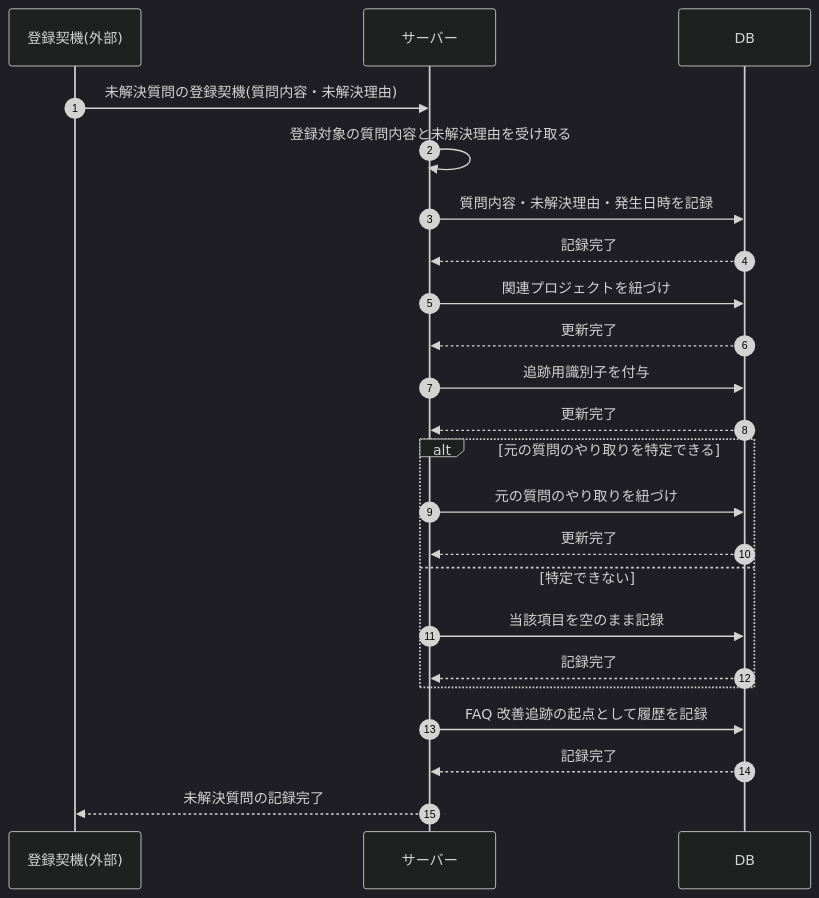
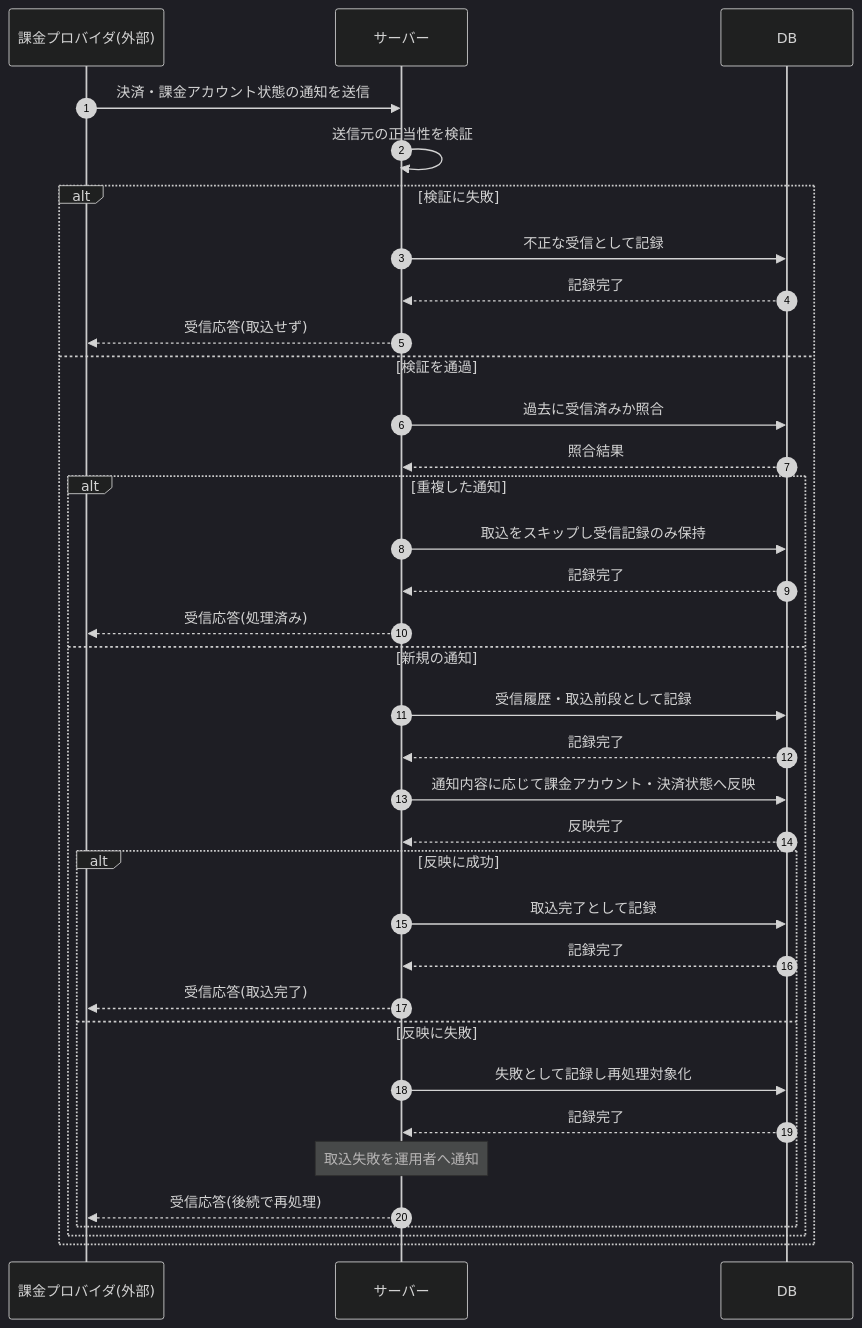
Before and after one commit to sikakou54/open-faq: the diagram in 02_basic_design/03_sequences/SEQ-108.md, drawn with Mermaid (dark theme). The commit also changed other lines of this file and 99 other files, not shown here.

````diff
--- a/02_basic_design/03_sequences/SEQ-108.md
+++ b/02_basic_design/03_sequences/SEQ-108.md
@@ -25,25 +25,38 @@
 ```mermaid
 sequenceDiagram
   autonumber
-  participant T as 登録契機(外部)
+  participant EXT as 課金プロバイダ(外部)
   participant Server as サーバー
   participant DB as DB
-  T->>Server: 未解決質問の登録契機(質問内容・未解決理由)
-  Server->>Server: 登録対象の質問内容と未解決理由を受け取る
-  Server->>DB: 質問内容・未解決理由・発生日時を記録
-  DB-->>Server: 記録完了
-  Server->>DB: 関連プロジェクトを紐づけ
-  DB-->>Server: 更新完了
-  Server->>DB: 追跡用識別子を付与
-  DB-->>Server: 更新完了
-  alt 元の質問のやり取りを特定できる
-    Server->>DB: 元の質問のやり取りを紐づけ
-    DB-->>Server: 更新完了
-  else 特定できない
-    Server->>DB: 当該項目を空のまま記録
+
+  EXT->>Server: 決済・課金アカウント状態の通知を送信
+  Server->>Server: 送信元の正当性を検証
+  alt 検証に失敗
+    Server->>DB: 不正な受信として記録
     DB-->>Server: 記録完了
+    Server-->>EXT: 受信応答(取込せず)
+  else 検証を通過
+    Server->>DB: 過去に受信済みか照合
+    DB-->>Server: 照合結果
+    alt 重複した通知
+      Server->>DB: 取込をスキップし受信記録のみ保持
+      DB-->>Server: 記録完了
+      Server-->>EXT: 受信応答(処理済み)
+    else 新規の通知
+      Server->>DB: 受信履歴・取込前段として記録
+      DB-->>Server: 記録完了
+      Server->>DB: 通知内容に応じて課金アカウント・決済状態へ反映
+      DB-->>Server: 反映完了
+      alt 反映に成功
+        Server->>DB: 取込完了として記録
+        DB-->>Server: 記録完了
+        Server-->>EXT: 受信応答(取込完了)
+      else 反映に失敗
+        Server->>DB: 失敗として記録し再処理対象化
+        DB-->>Server: 記録完了
+        Note over Server: 取込失敗を運用者へ通知
+        Server-->>EXT: 受信応答(後続で再処理)
+      end
+    end
   end
-  Server->>DB: FAQ 改善追跡の起点として履歴を記録
-  DB-->>Server: 記録完了
-  Server-->>T: 未解決質問の記録完了
 ```
````
